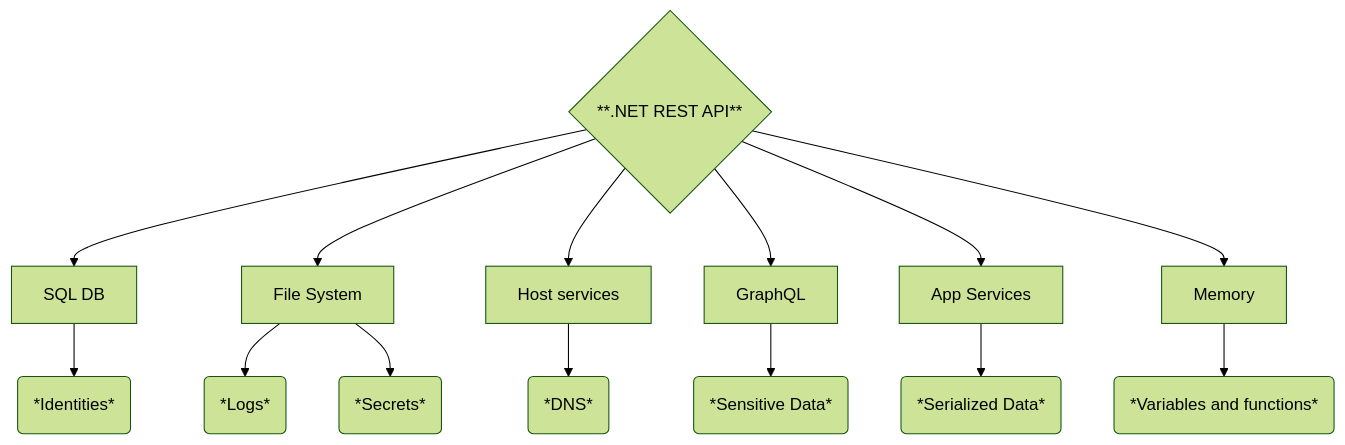
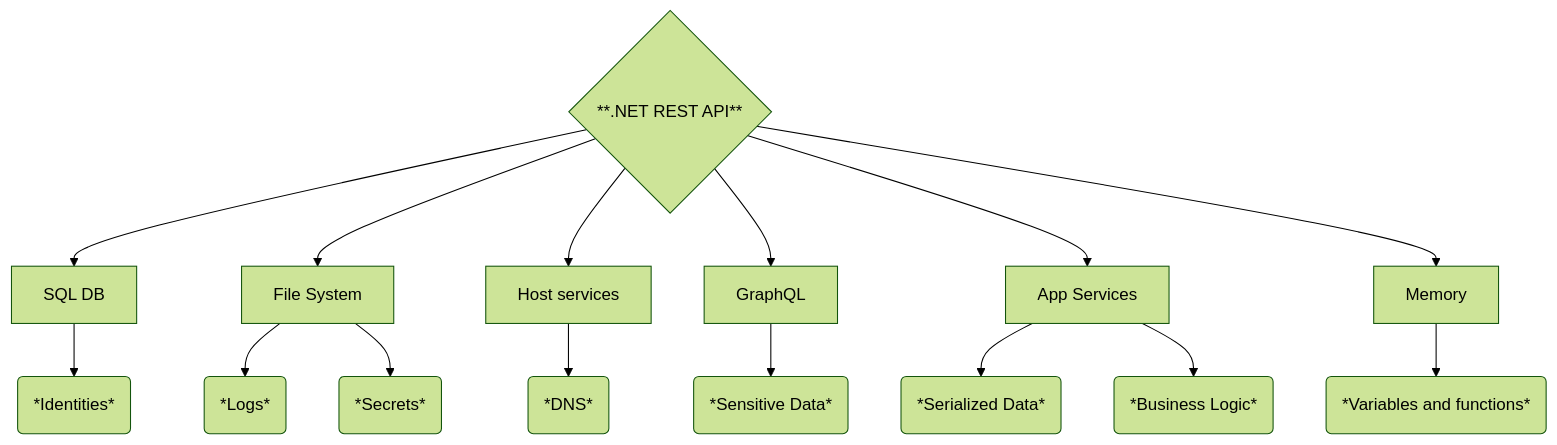
Before and after one commit to Aif4thah/VulnerableLightApp: the diagram in README.md, drawn with Mermaid (forest theme). The commit also changed 3 other files, not shown here.

````diff
--- a/README.md
+++ b/README.md
@@ -19,18 +19,19 @@
 ```mermaid
 flowchart TD
     A{**.NET REST API**}
     A --> B[SQL DB]
     A --> C[File System]
     A --> D[Host services]
     A --> F[GraphQL]
     A --> G[App Services]
     A --> H[Memory]
 
     B --> I(*Identities*)
     C --> J(*Logs*)
     C --> K(*Secrets*)
     D --> L(*DNS*)
     F --> M(*Sensitive Data*)
     G --> O(*Serialized Data*)
+    G --> R(*Business Logic*)
     H --> P(*Variables and functions*)
 ```
````
